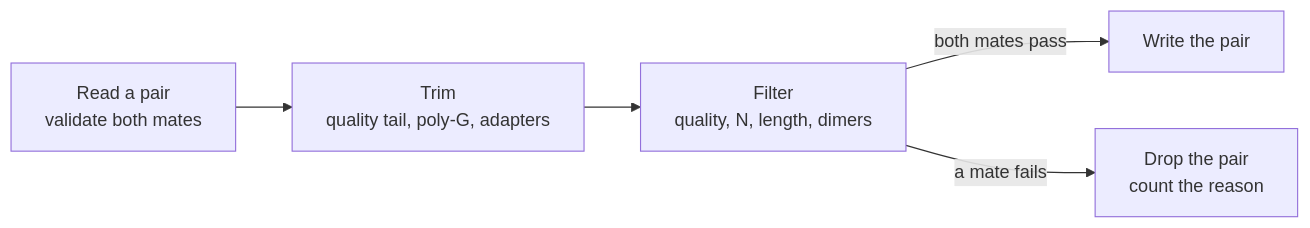
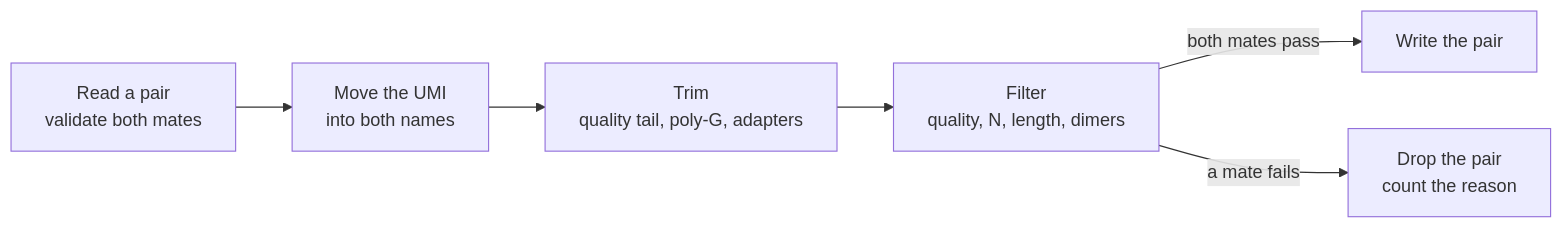
One commit to eneskemalergin/z-fastq changed the diagram in wiki/Processing.md. Above: the diagram before and after it, drawn with Mermaid. The commit also changed other lines of this file and 10 other files, not shown here.

Commit message:
feat: move umis into read names in process

````diff
--- a/wiki/Processing.md
+++ b/wiki/Processing.md
@@ -5,7 +5,8 @@
 ```mermaid
 flowchart LR
-    R[Read a pair<br/>validate both mates] --> T[Trim<br/>quality tail, poly-G, adapters]
+    R[Read a pair<br/>validate both mates] --> U[Move the UMI<br/>into both names]
+    U --> T[Trim<br/>quality tail, poly-G, adapters]
     T --> F[Filter<br/>quality, N, length, dimers]
     F -->|both mates pass| W[Write the pair]
     F -->|a mate fails| D[Drop the pair<br/>count the reason]
 ```
````
